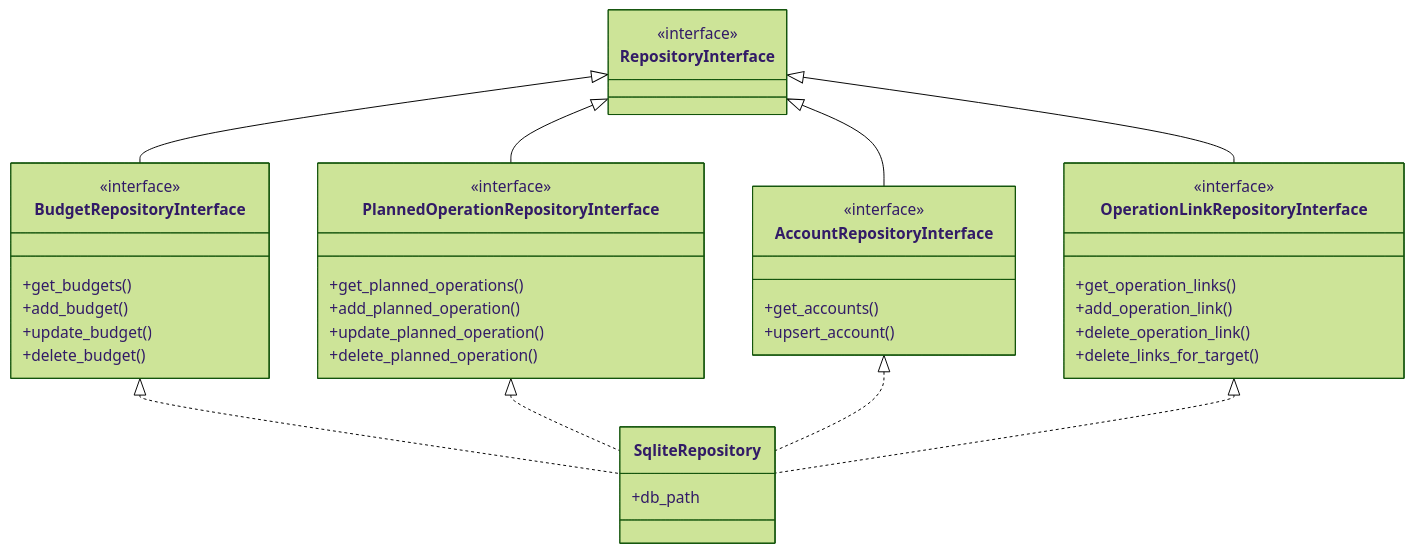
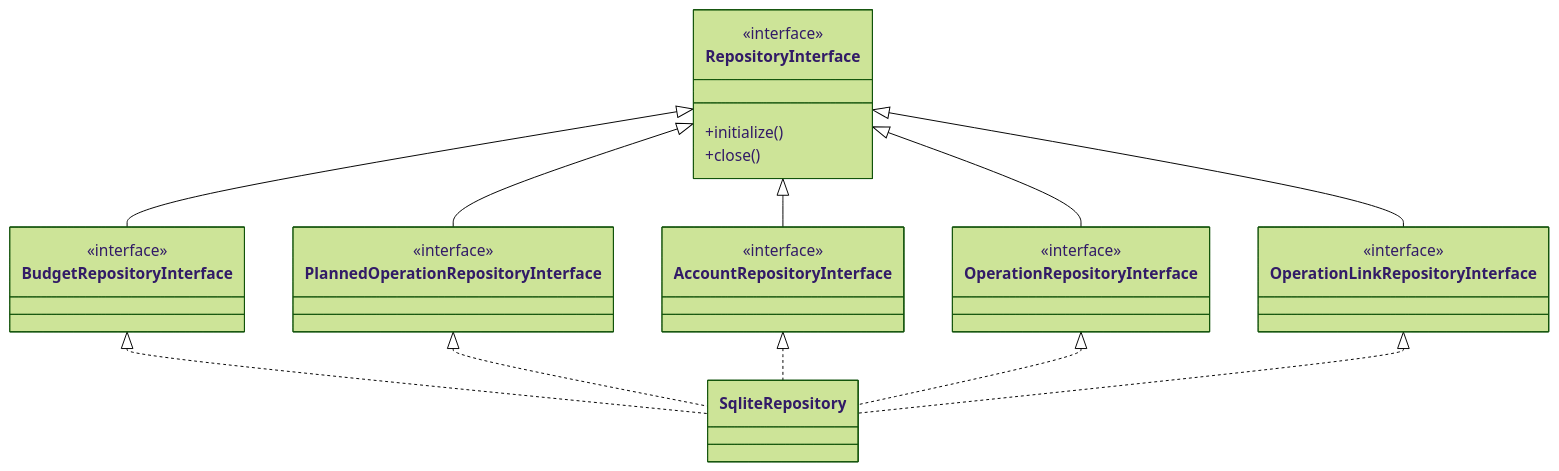
Before and after one commit to corentin-core/budget-forecaster: the fourth of 7 diagrams in docs/dev/architecture.md, drawn with Mermaid (forest theme). The commit also changed other lines of this file, not shown here.

First line of the commit message:
docs: update architecture documentation with complete module inventory

````diff
--- a/docs/dev/architecture.md
+++ b/docs/dev/architecture.md
@@ -230,49 +223,41 @@
 ```mermaid
 classDiagram
     class RepositoryInterface {
         <<interface>>
+        +initialize()
+        +close()
     }
 
     class BudgetRepositoryInterface {
         <<interface>>
-        +get_budgets()
-        +add_budget()
-        +update_budget()
-        +delete_budget()
     }
 
     class PlannedOperationRepositoryInterface {
         <<interface>>
-        +get_planned_operations()
-        +add_planned_operation()
-        +update_planned_operation()
-        +delete_planned_operation()
     }
 
     class AccountRepositoryInterface {
         <<interface>>
-        +get_accounts()
-        +upsert_account()
+    }
+
+    class OperationRepositoryInterface {
+        <<interface>>
     }
 
     class OperationLinkRepositoryInterface {
         <<interface>>
-        +get_operation_links()
-        +add_operation_link()
-        +delete_operation_link()
-        +delete_links_for_target()
     }
 
-    class SqliteRepository {
-        +db_path
-    }
+    class SqliteRepository
 
     RepositoryInterface <|-- BudgetRepositoryInterface
     RepositoryInterface <|-- PlannedOperationRepositoryInterface
     RepositoryInterface <|-- AccountRepositoryInterface
+    RepositoryInterface <|-- OperationRepositoryInterface
     RepositoryInterface <|-- OperationLinkRepositoryInterface
     BudgetRepositoryInterface <|.. SqliteRepository
     PlannedOperationRepositoryInterface <|.. SqliteRepository
     AccountRepositoryInterface <|.. SqliteRepository
+    OperationRepositoryInterface <|.. SqliteRepository
     OperationLinkRepositoryInterface <|.. SqliteRepository
 ```
````
